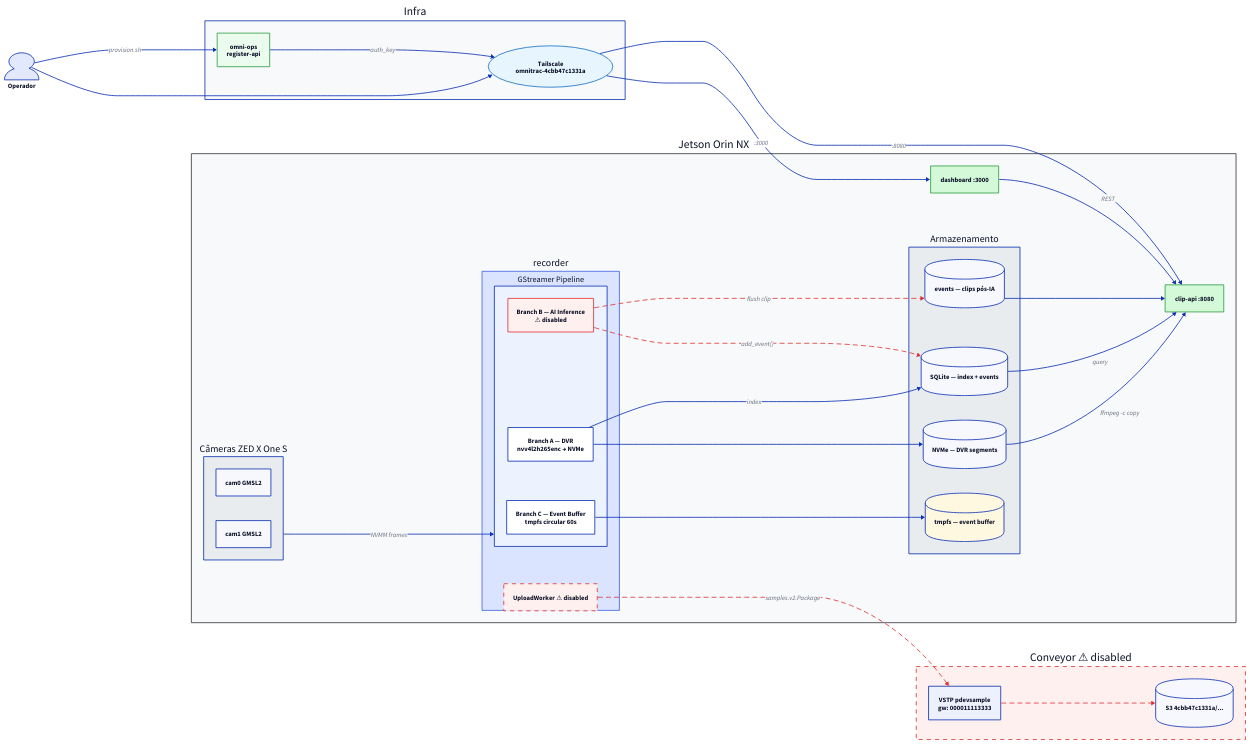
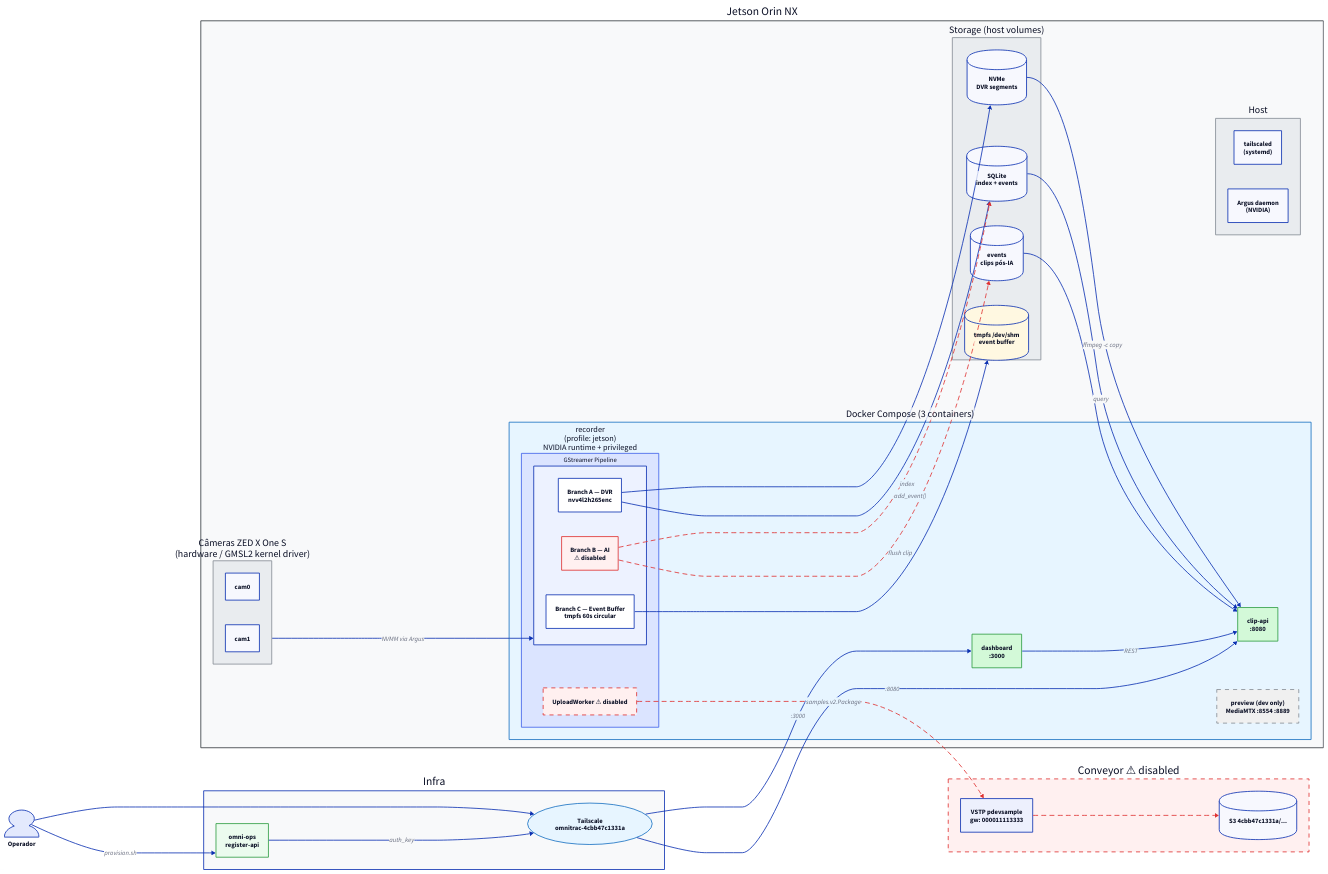
Before and after one commit to urielcontardi/JetsonStudy: the diagram in docs/diagrams/architecture.d2, drawn with D2. The commit also changed 1 other file, not shown here.

Commit message:
docs(diagram): distinguish Docker vs host, label container count

```diff
--- a/docs/diagrams/architecture.d2
+++ b/docs/diagrams/architecture.d2
@@ -1,110 +1,139 @@
 direction: right
 
 jetson: Jetson Orin NX {
   style.fill: "#f8f9fa"
   style.stroke: "#343a40"
 
-  cameras: Câmeras ZED X One S {
+  # ── Hardware / Host ────────────────────────────────────────────────────────
+  cameras: "Câmeras ZED X One S\n(hardware / GMSL2 kernel driver)" {
     style.fill: "#e9ecef"
-    cam0: cam0 GMSL2
-    cam1: cam1 GMSL2
+    style.stroke: "#868e96"
+    cam0: cam0
+    cam1: cam1
   }
 
-  recorder: recorder {
-    style.fill: "#dbe4ff"
-    style.stroke: "#4263eb"
+  host_services: "Host" {
+    style.fill: "#e9ecef"
+    style.stroke: "#868e96"
+    tailscale_d: "tailscaled\n(systemd)"
+    argus: "Argus daemon\n(NVIDIA)"
+  }
 
-    pipeline: GStreamer Pipeline {
-      style.fill: "#edf2ff"
-      dvr: "Branch A — DVR\nnvv4l2h265enc → NVMe"
-      buf: "Branch C — Event Buffer\ntmpfs circular 60s"
-      ai: "Branch B — AI Inference\n⚠ disabled" {
+  storage: "Storage (host volumes)" {
+    style.fill: "#e9ecef"
+    style.stroke: "#868e96"
+    nvme: "NVMe\nDVR segments" { shape: cylinder }
+    events: "events\nclips pós-IA" { shape: cylinder }
+    sqlite: "SQLite\nindex + events" { shape: cylinder }
+    tmpfs: "tmpfs /dev/shm\nevent buffer" { shape: cylinder; style.fill: "#fff8e1" }
+  }
+
+  # ── Docker Compose ─────────────────────────────────────────────────────────
+  compose: "Docker Compose  (3 containers)" {
+    style.fill: "#e7f5ff"
+    style.stroke: "#1971c2"
+
+    recorder: "recorder\n(profile: jetson)\nNVIDIA runtime + privileged" {
+      style.fill: "#dbe4ff"
+      style.stroke: "#4263eb"
+
+      pipeline: GStreamer Pipeline {
+        style.fill: "#edf2ff"
+        dvr: "Branch A — DVR\nnvv4l2h265enc"
+        buf: "Branch C — Event Buffer\ntmpfs 60s circular"
+        ai: "Branch B — AI\n⚠ disabled" {
+          style.fill: "#fff0f0"
+          style.stroke: "#e03131"
+        }
+      }
+
+      worker: "UploadWorker  ⚠ disabled" {
         style.fill: "#fff0f0"
         style.stroke: "#e03131"
+        style.stroke-dash: 5
       }
     }
 
-    worker: "UploadWorker  ⚠ disabled" {
-      style.fill: "#fff0f0"
-      style.stroke: "#e03131"
+    clipapi: "clip-api\n:8080" {
+      style.fill: "#d3f9d8"
+      style.stroke: "#2f9e44"
+    }
+
+    dashboard: "dashboard\n:3000" {
+      style.fill: "#d3f9d8"
+      style.stroke: "#2f9e44"
+    }
+
+    preview: "preview  (dev only)\nMediaMTX :8554 :8889" {
+      style.fill: "#f0f0f0"
+      style.stroke: "#868e96"
       style.stroke-dash: 5
     }
-  }
-
-  clipapi: "clip-api  :8080" {
-    style.fill: "#d3f9d8"
-    style.stroke: "#2f9e44"
-  }
-
-  dashboard: "dashboard  :3000" {
-    style.fill: "#d3f9d8"
-    style.stroke: "#2f9e44"
-  }
-
-  storage: Armazenamento {
-    style.fill: "#e9ecef"
-    nvme: "NVMe — DVR segments" { shape: cylinder }
-    events: "events — clips pós-IA" { shape: cylinder }
-    sqlite: "SQLite — index + events" { shape: cylinder }
-    tmpfs: "tmpfs — event buffer" { shape: cylinder; style.fill: "#fff8e1" }
   }
 }
 
 conveyor: "Conveyor  ⚠ disabled" {
   style.fill: "#fff0f0"
   style.stroke: "#e03131"
   style.stroke-dash: 5
   vstp: "VSTP pdevsample\ngw: 000011113333"
   s3: "S3  4cbb47c1331a/..." { shape: cylinder }
 }
 
 infra: Infra {
   style.fill: "#f8f9fa"
-  tailscale: "Tailscale\nomnitrac-4cbb47c1331a" { shape: oval; style.fill: "#e7f5ff"; style.stroke: "#1971c2" }
-  registerapi: "omni-ops\nregister-api" { style.fill: "#ebfbee"; style.stroke: "#2f9e44" }
+  tailscale: "Tailscale\nomnitrac-4cbb47c1331a" {
+    shape: oval
+    style.fill: "#e7f5ff"
+    style.stroke: "#1971c2"
+  }
+  registerapi: "omni-ops\nregister-api" {
+    style.fill: "#ebfbee"
+    style.stroke: "#2f9e44"
+  }
 }
 
 operator: Operador { shape: person }
 
 # ── câmeras → pipeline ────────────────────────────────────────────────────────
-jetson.cameras -> jetson.recorder.pipeline: NVMM frames
+jetson.cameras -> jetson.compose.recorder.pipeline: NVMM via Argus
 
 # ── pipeline → storage ────────────────────────────────────────────────────────
-jetson.recorder.pipeline.dvr -> jetson.storage.nvme
-jetson.recorder.pipeline.dvr -> jetson.storage.sqlite: index
-jetson.recorder.pipeline.buf -> jetson.storage.tmpfs
+jetson.compose.recorder.pipeline.dvr -> jetson.storage.nvme
+jetson.compose.recorder.pipeline.dvr -> jetson.storage.sqlite: index
+jetson.compose.recorder.pipeline.buf -> jetson.storage.tmpfs
 
 # ── AI → eventos (disabled) ──────────────────────────────────────────────────
-jetson.recorder.pipeline.ai -> jetson.storage.events: flush clip {
+jetson.compose.recorder.pipeline.ai -> jetson.storage.events: flush clip {
   style.stroke: "#e03131"
   style.stroke-dash: 5
 }
-jetson.recorder.pipeline.ai -> jetson.storage.sqlite: add_event() {
+jetson.compose.recorder.pipeline.ai -> jetson.storage.sqlite: add_event() {
   style.stroke: "#e03131"
   style.stroke-dash: 5
 }
 
 # ── worker → Conveyor (disabled) ─────────────────────────────────────────────
-jetson.recorder.worker -> conveyor.vstp: samples.v2.Package {
+jetson.compose.recorder.worker -> conveyor.vstp: samples.v2.Package {
   style.stroke: "#e03131"
   style.stroke-dash: 5
 }
 conveyor.vstp -> conveyor.s3 {
   style.stroke: "#e03131"
   style.stroke-dash: 5
 }
 
-# ── clip-api ──────────────────────────────────────────────────────────────────
-jetson.storage.nvme -> jetson.clipapi: ffmpeg -c copy
-jetson.storage.sqlite -> jetson.clipapi: query
-jetson.storage.events -> jetson.clipapi
-jetson.dashboard -> jetson.clipapi: REST
+# ── clip-api + dashboard ──────────────────────────────────────────────────────
+jetson.storage.nvme -> jetson.compose.clipapi: ffmpeg -c copy
+jetson.storage.sqlite -> jetson.compose.clipapi: query
+jetson.storage.events -> jetson.compose.clipapi
+jetson.compose.dashboard -> jetson.compose.clipapi: REST
 
 # ── acesso remoto ─────────────────────────────────────────────────────────────
 operator -> infra.tailscale
-infra.tailscale -> jetson.clipapi: :8080
-infra.tailscale -> jetson.dashboard: :3000
+infra.tailscale -> jetson.compose.clipapi: :8080
+infra.tailscale -> jetson.compose.dashboard: :3000
 
 # ── provisioning ──────────────────────────────────────────────────────────────
-operator -> infra.registerapi: "provision.sh"
+operator -> infra.registerapi: provision.sh
 infra.registerapi -> infra.tailscale: auth_key
```
